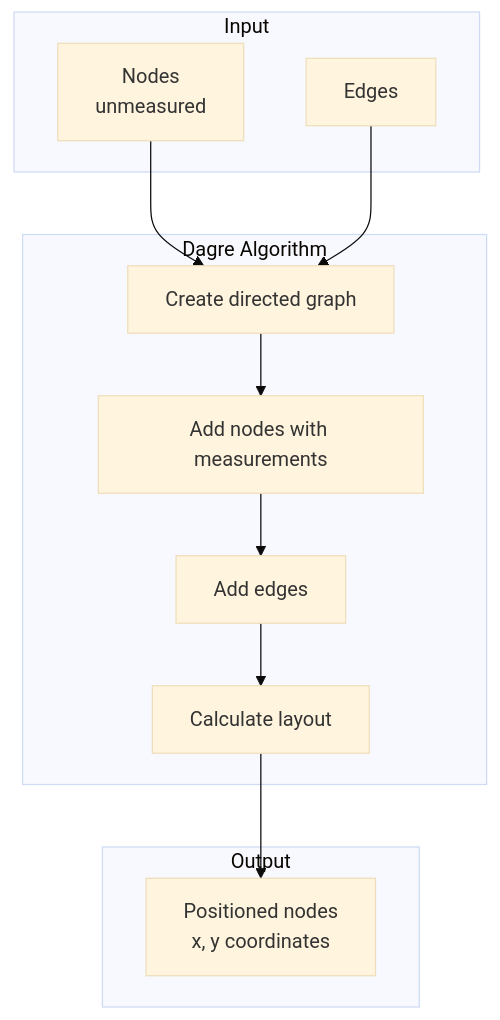
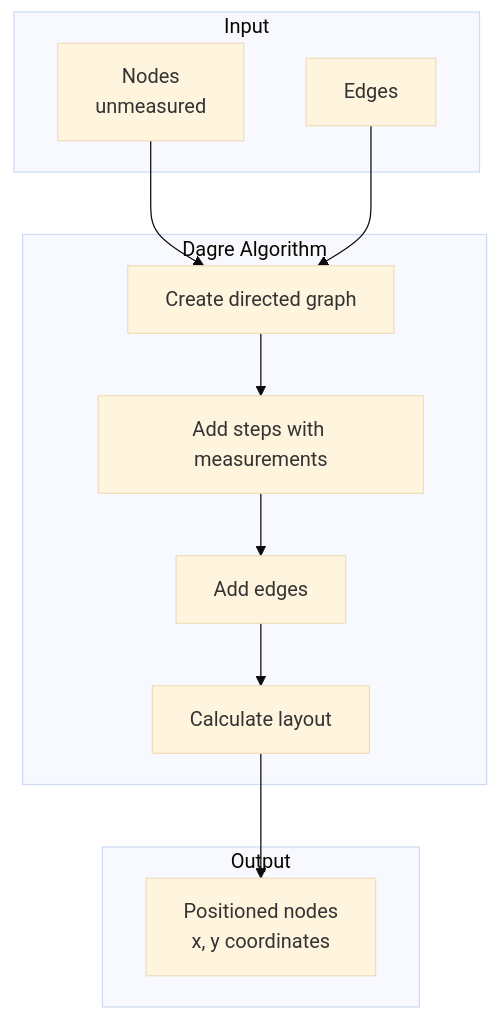
The ninth of 10 diagrams in docs/data-flow.md (alinabuzachis/syntara), drawn with Mermaid (base theme) before and after one commit. The commit also changed other lines of this file and 95 other files, not shown here.

````diff
--- a/docs/data-flow.md
+++ b/docs/data-flow.md
@@ -546,25 +546,25 @@
 ```mermaid
 flowchart TB
     subgraph Input["Input"]
         N["Nodes<br/>unmeasured"]
         E[Edges]
     end
 
     subgraph Dagre["Dagre Algorithm"]
         G[Create directed graph]
-        M[Add nodes with measurements]
+        M[Add steps with measurements]
         AE[Add edges]
         L[Calculate layout]
     end
 
     subgraph Output["Output"]
         P["Positioned nodes<br/>x, y coordinates"]
     end
 
     N --> G
     E --> G
     G --> M
     M --> AE
     AE --> L
     L --> P
 ```
````
